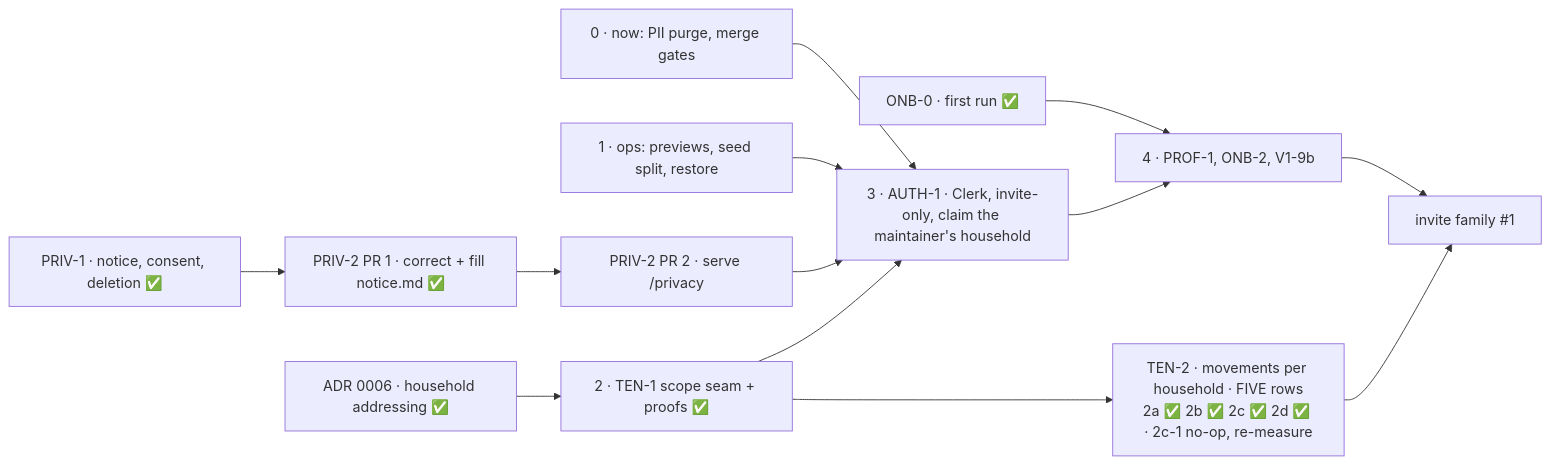
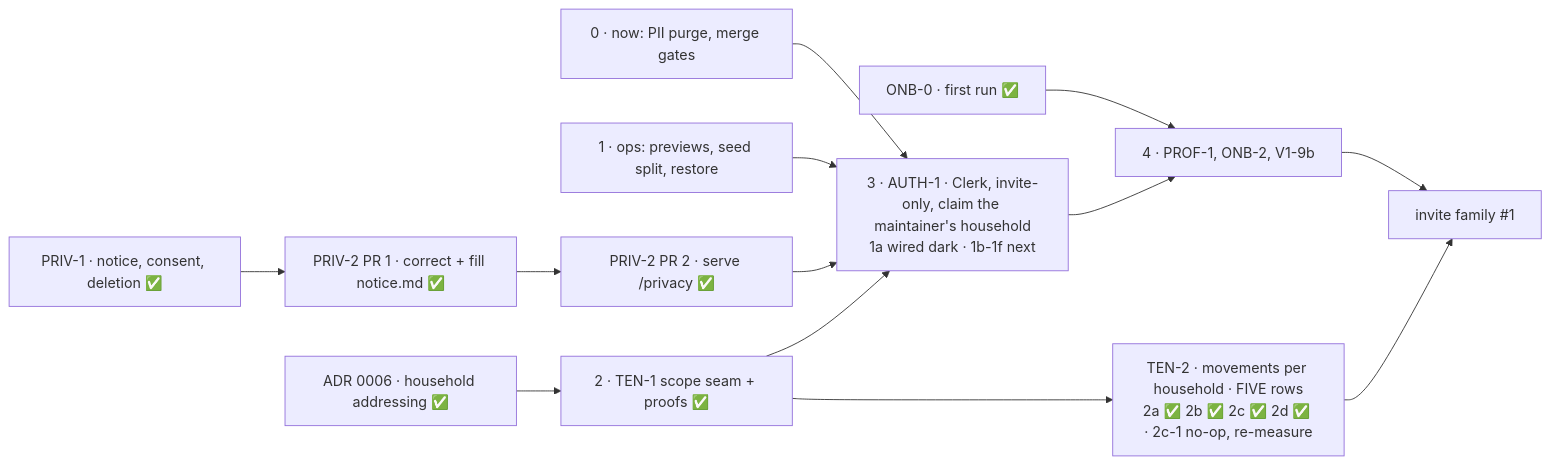
Before and after one commit to ralamode/mat-plan: the diagram in docs/milestones/beta-1.md, drawn with Mermaid. The commit also changed 37 other files, not shown here.

First line of the commit message:
feat(auth-1): wire clerk, dark, and split the gate module (#293)

````diff
--- a/docs/milestones/beta-1.md
+++ b/docs/milestones/beta-1.md
@@ -77,15 +77,15 @@
 ```mermaid
 flowchart LR
   N[0 · now: PII purge, merge gates] --> AU
   O[1 · ops: previews, seed split, restore] --> AU
   ONB[ONB-0 · first run ✅] --> S
   PRIV[PRIV-1 · notice, consent, deletion ✅] --> P1[PRIV-2 PR 1 · correct + fill notice.md ✅]
-  P1 --> P2[PRIV-2 PR 2 · serve /privacy]
+  P1 --> P2[PRIV-2 PR 2 · serve /privacy ✅]
   P2 --> AU
   C[ADR 0006 · household addressing ✅] --> T[2 · TEN-1 scope seam + proofs ✅]
-  T --> AU[3 · AUTH-1 · Clerk, invite-only, claim the maintainer's household]
+  T --> AU[3 · AUTH-1 · Clerk, invite-only, claim the maintainer's household<br/>1a wired dark · 1b-1f next]
   T --> T2[TEN-2 · movements per household · FIVE rows<br/>2a ✅ 2b ✅ 2c ✅ 2d ✅ · 2c-1 no-op, re-measure]
   AU --> S[4 · PROF-1, ONB-2, V1-9b]
   S --> I[invite family #1]
   T2 --> I
 ```
````
